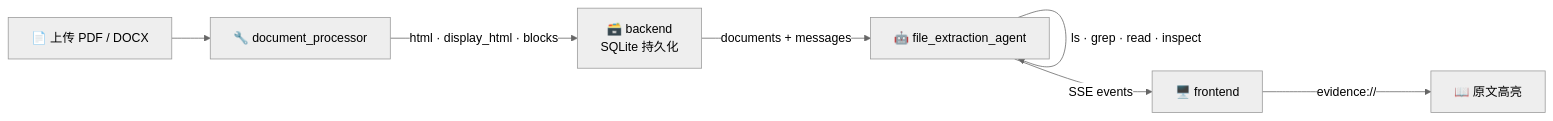
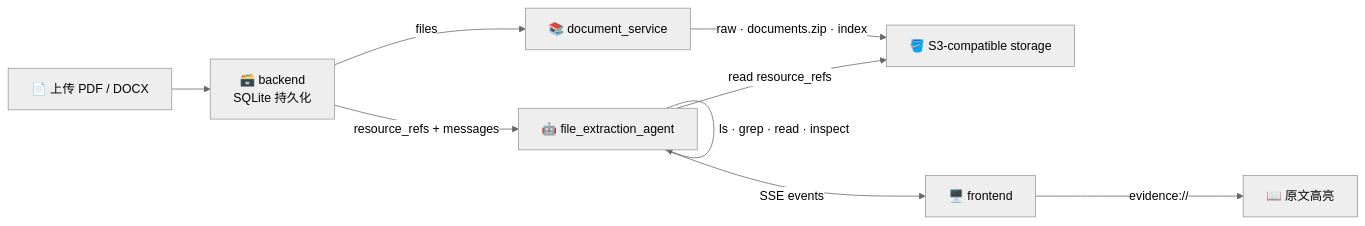
The diagram in README.md (ADChahaha/TraceAgent), drawn with Mermaid (neutral theme) before and after one commit. The commit also changed other lines of this file and 152 other files, not shown here.

Commit message:
refactor: split document service from agent

````diff
--- a/README.md
+++ b/README.md
@@ -53,10 +53,12 @@
 ```mermaid
 flowchart LR
     Upload["📄 上传 PDF / DOCX"]
-    Upload --> Processor["🔧 document_processor"]
-    Processor --> |"html · display_html · blocks"| Backend["🗃️ backend<br/>SQLite 持久化"]
-    Backend --> |"documents + messages"| Agent["🤖 file_extraction_agent"]
+    Upload --> Backend["🗃️ backend<br/>SQLite 持久化"]
+    Backend --> |"files"| Document["📚 document_service"]
+    Document --> |"raw · documents.zip · index"| Storage["🪣 S3-compatible storage"]
+    Backend --> |"resource_refs + messages"| Agent["🤖 file_extraction_agent"]
+    Agent --> |"read resource_refs"| Storage
     Agent --> |"ls · grep · read · inspect"| Agent
     Agent --> |"SSE events"| Frontend["🖥️ frontend"]
     Frontend --> |"evidence://"| Review["📖 原文高亮"]
 ```
````
